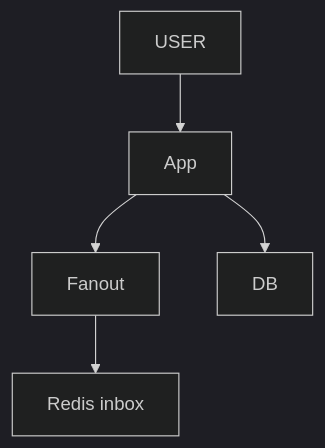
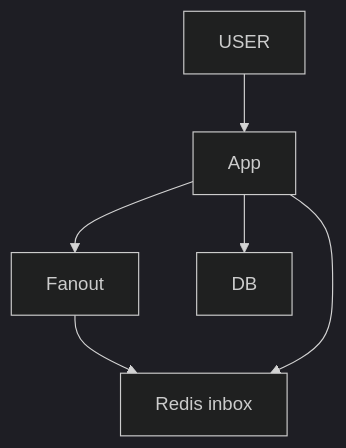
The second of 10 diagrams in 04_HLD/SYSTEM_DESIGNS/03_twitter_feed/03_twitter_feed.md (ArpanMaheshwari144/Prep), drawn with Mermaid (dark theme) before and after one commit. The commit also changed other lines of this file and 12 other files, not shown here.

````diff
--- a/04_HLD/SYSTEM_DESIGNS/03_twitter_feed/03_twitter_feed.md
+++ b/04_HLD/SYSTEM_DESIGNS/03_twitter_feed/03_twitter_feed.md
@@ -79,12 +79,13 @@
 ```mermaid
 flowchart TD
     n_USER["USER"]
     n_App["App"]
     n_Fanout["Fanout"]
     n_Redis_inbox["Redis inbox"]
     n_DB["DB"]
     n_USER --> n_App
     n_App --> n_Fanout
     n_App --> n_DB
     n_Fanout --> n_Redis_inbox
+    n_App --> n_Redis_inbox
 ```
````
